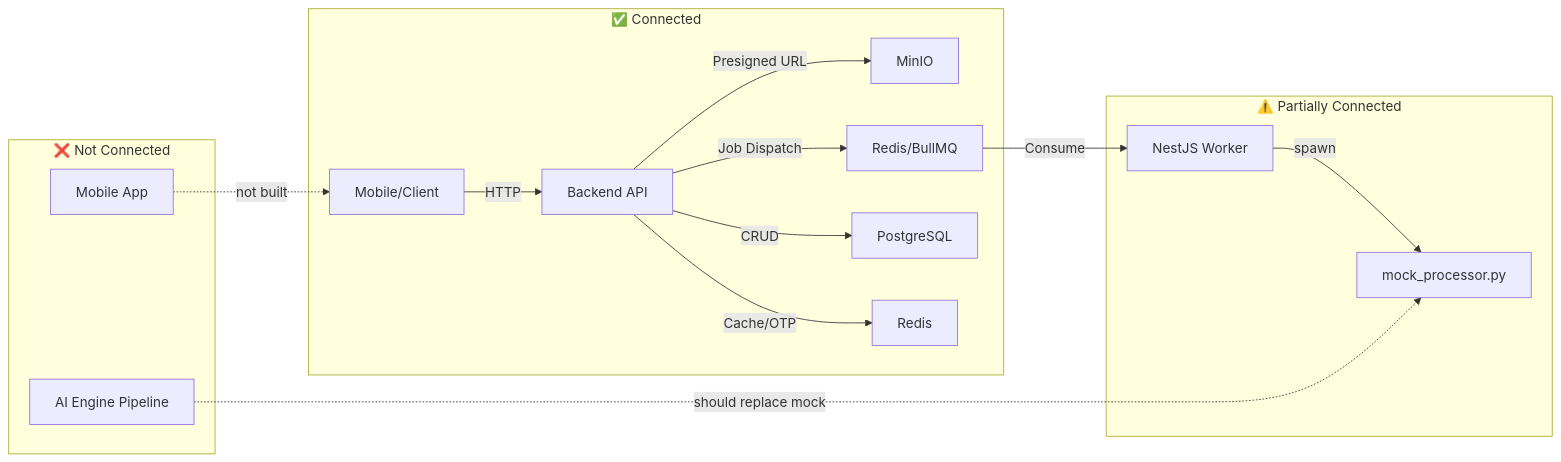
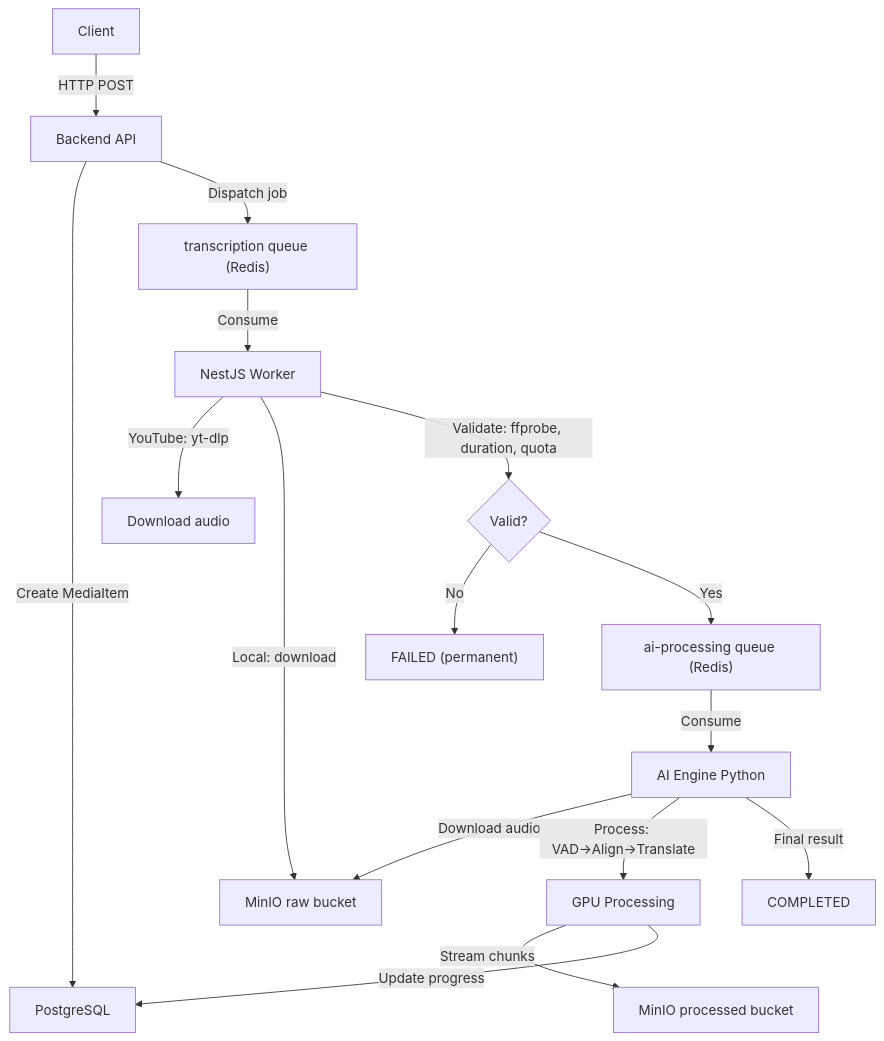
One commit to KMA-Final-Project/project changed the diagram in checkpoint.md. Above: the diagram before and after it, drawn with Mermaid. The commit also changed other lines of this file and 1 other file, not shown here.

````diff
--- a/checkpoint.md
+++ b/checkpoint.md
@@ -207,20 +231,20 @@
 ```mermaid
-graph LR
-    subgraph "✅ Connected"
-        A[Mobile/Client] -->|HTTP| B[Backend API]
-        B -->|Presigned URL| C[MinIO]
-        B -->|Job Dispatch| D[Redis/BullMQ]
-        B -->|CRUD| E[PostgreSQL]
-        B -->|Cache/OTP| F[Redis]
-    end
-
-    subgraph "⚠️ Partially Connected"
-        D -->|Consume| G[NestJS Worker]
-        G -->|spawn| H[mock_processor.py]
-    end
-
-    subgraph "❌ Not Connected"
-        I[AI Engine Pipeline] -.->|"should replace mock"| H
-        J[Mobile App] -.->|"not built"| A
-    end
+graph TD
+    A[Client] -->|HTTP POST| B[Backend API]
+    B -->|Create MediaItem| C[PostgreSQL]
+    B -->|Dispatch job| D["transcription queue (Redis)"]
+    D -->|Consume| E[NestJS Worker]
+    
+    E -->|YouTube: yt-dlp| F[Download audio]
+    E -->|Local: download| G[MinIO raw bucket]
+    E -->|Validate: ffprobe, duration, quota| H{Valid?}
+    H -->|No| I["FAILED (permanent)"]
+    H -->|Yes| J["ai-processing queue (Redis)"]
+    
+    J -->|Consume| K[AI Engine Python]
+    K -->|Download audio| G
+    K -->|Process: VAD→Align→Translate| L[GPU Processing]
+    L -->|Stream chunks| M[MinIO processed bucket]
+    L -->|Update progress| C
+    K -->|Final result| N[COMPLETED]
 ```
````
